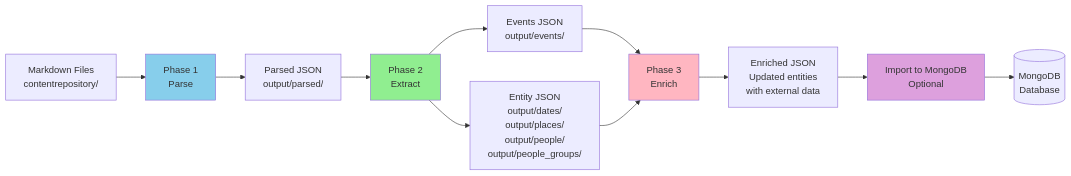
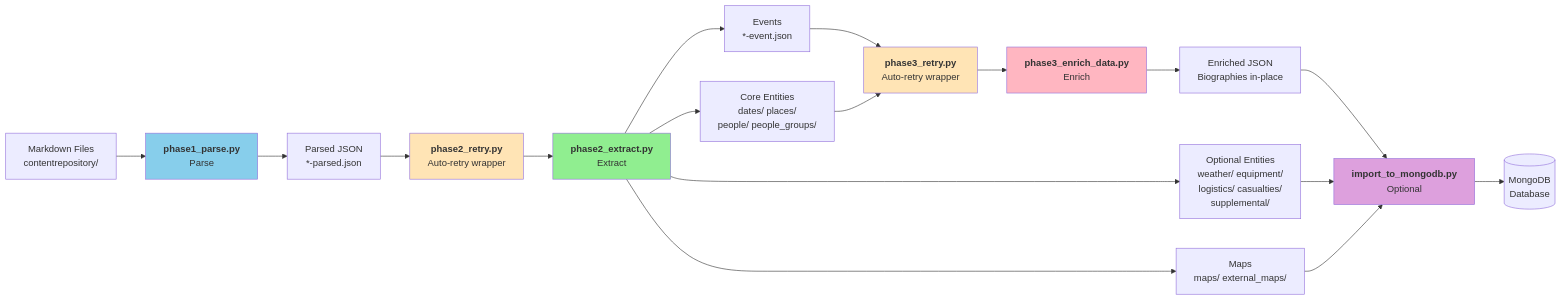
One commit to elasticfusion/SecondWorldWarAsData changed the fourth of 12 diagrams in docs/current/core/WORKFLOW_DIAGRAMS.md. Above: the diagram before and after it, drawn with Mermaid. The commit also changed other lines of this file and 19 other files, not shown here.

````diff
--- a/docs/current/core/WORKFLOW_DIAGRAMS.md
+++ b/docs/current/core/WORKFLOW_DIAGRAMS.md
@@ -163,21 +189,29 @@
 ```mermaid
 flowchart LR
-    MD[Markdown Files<br/>contentrepository/] --> Phase1[Phase 1<br/>Parse]
-    Phase1 --> Parsed[Parsed JSON<br/>output/parsed/]
+    MD[Markdown Files<br/>contentrepository/] --> Phase1["<b>phase1_parse.py</b><br/>Parse"]
+    Phase1 --> Parsed[Parsed JSON<br/>*-parsed.json]
     
-    Parsed --> Phase2[Phase 2<br/>Extract]
-    Phase2 --> Events[Events JSON<br/>output/events/]
-    Phase2 --> Entities[Entity JSON<br/>output/dates/<br/>output/places/<br/>output/people/<br/>output/people_groups/]
+    Parsed --> P2Retry["<b>phase2_retry.py</b><br/>Auto-retry wrapper"]
+    P2Retry --> Phase2["<b>phase2_extract.py</b><br/>Extract"]
+    Phase2 --> Events[Events<br/>*-event.json]
+    Phase2 --> Core[Core Entities<br/>dates/ places/<br/>people/ people_groups/]
+    Phase2 --> Optional[Optional Entities<br/>weather/ equipment/<br/>logistics/ casualties/<br/>supplemental/]
+    Phase2 --> Maps[Maps<br/>maps/ external_maps/]
     
-    Events --> Phase3[Phase 3<br/>Enrich]
-    Entities --> Phase3
-    Phase3 --> Enriched[Enriched JSON<br/>Updated entities<br/>with external data]
+    Events --> P3Retry["<b>phase3_retry.py</b><br/>Auto-retry wrapper"]
+    Core --> P3Retry
+    P3Retry --> Phase3["<b>phase3_enrich_data.py</b><br/>Enrich"]
+    Phase3 --> Enriched[Enriched JSON<br/>Biographies in-place]
     
-    Enriched --> Import[Import to MongoDB<br/>Optional]
+    Enriched --> Import["<b>import_to_mongodb.py</b><br/>Optional"]
+    Optional --> Import
+    Maps --> Import
     Import --> DB[(MongoDB<br/>Database)]
     
     style Phase1 fill:#87CEEB
     style Phase2 fill:#90EE90
     style Phase3 fill:#FFB6C1
     style Import fill:#DDA0DD
+    style P2Retry fill:#FFE4B5
+    style P3Retry fill:#FFE4B5
 ```
````
